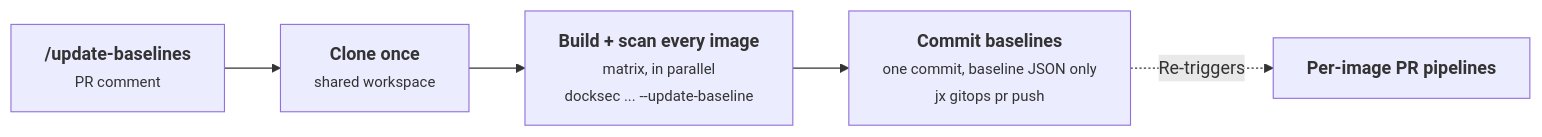
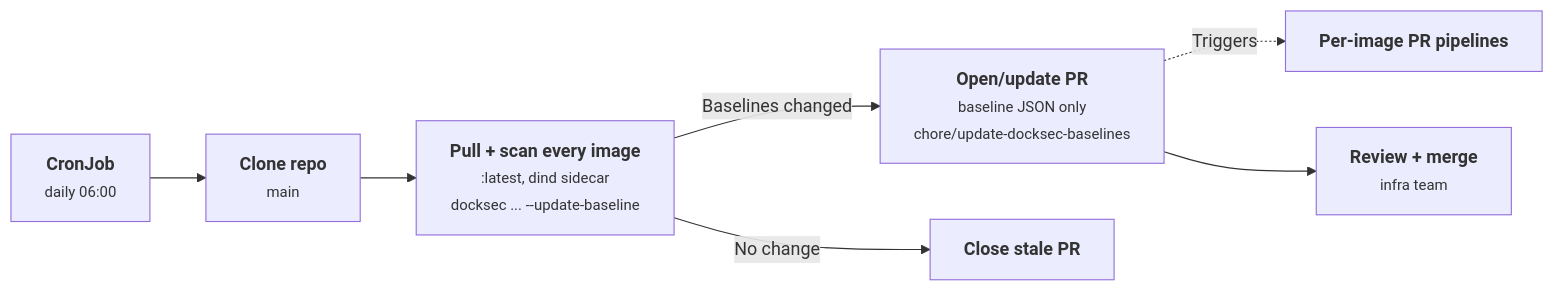
One commit to spring-financial-group/Dockerfiles changed the fourth of 6 diagrams in README.md. Above: the diagram before and after it, drawn with Mermaid. The commit also changed other lines of this file and 17 other files, not shown here.

````diff
--- a/README.md
+++ b/README.md
@@ -94,7 +107,9 @@
 ```mermaid
 flowchart LR
-    U0["<b>/update-baselines</b><br/><small>PR comment</small>"] --> U1["<b>Clone once</b><br/><small>shared workspace</small>"]
-    U1 --> U2["<b>Build + scan every image</b><br/><small>matrix, in parallel<br/>docksec ... --update-baseline</small>"]
-    U2 --> U3["<b>Commit baselines</b><br/><small>one commit, baseline JSON only<br/>jx gitops pr push</small>"]
-    U3 -.->|Re-triggers| P["<b>Per-image PR pipelines</b>"]
+    U0["<b>CronJob</b><br/><small>daily 06:00</small>"] --> U1["<b>Clone repo</b><br/><small>main</small>"]
+    U1 --> U2["<b>Pull + scan every image</b><br/><small>:latest, dind sidecar<br/>docksec ... --update-baseline</small>"]
+    U2 -->|Baselines changed| U3["<b>Open/update PR</b><br/><small>baseline JSON only<br/>chore/update-docksec-baselines</small>"]
+    U2 -->|No change| U5["<b>Close stale PR</b>"]
+    U3 -.->|Triggers| P["<b>Per-image PR pipelines</b>"]
+    U3 --> U4["<b>Review + merge</b><br/><small>infra team</small>"]
 ```
````
